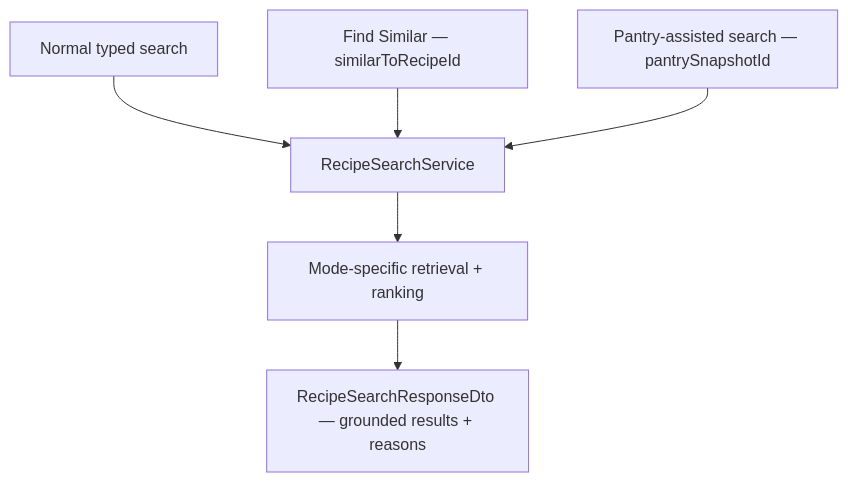
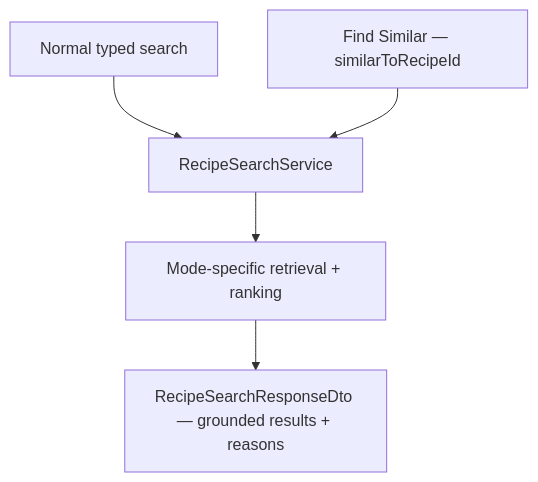
One commit to AlexandreBrisebois/whats-for-supper changed the seventh of 7 diagrams in docs/flows/data-flows/recipe-search-index-and-recovery.md. Above: the diagram before and after it, drawn with Mermaid. The commit also changed other lines of this file and 35 other files, not shown here.

````diff
--- a/docs/flows/data-flows/recipe-search-index-and-recovery.md
+++ b/docs/flows/data-flows/recipe-search-index-and-recovery.md
@@ -385,8 +348,7 @@
 ```mermaid
 flowchart TD
     A[Normal typed search] --> C[RecipeSearchService]
     B[Find Similar — similarToRecipeId] --> C
-    D[Pantry-assisted search — pantrySnapshotId] --> C
     C --> E[Mode-specific retrieval + ranking]
     E --> F[RecipeSearchResponseDto — grounded results + reasons]
 ```
````
